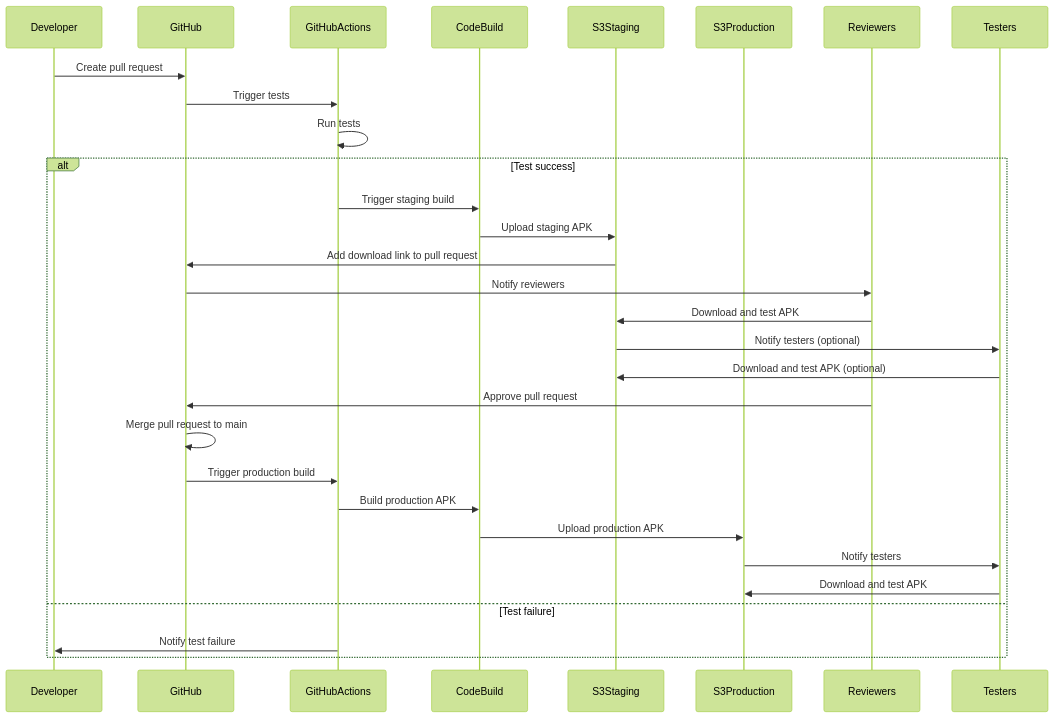
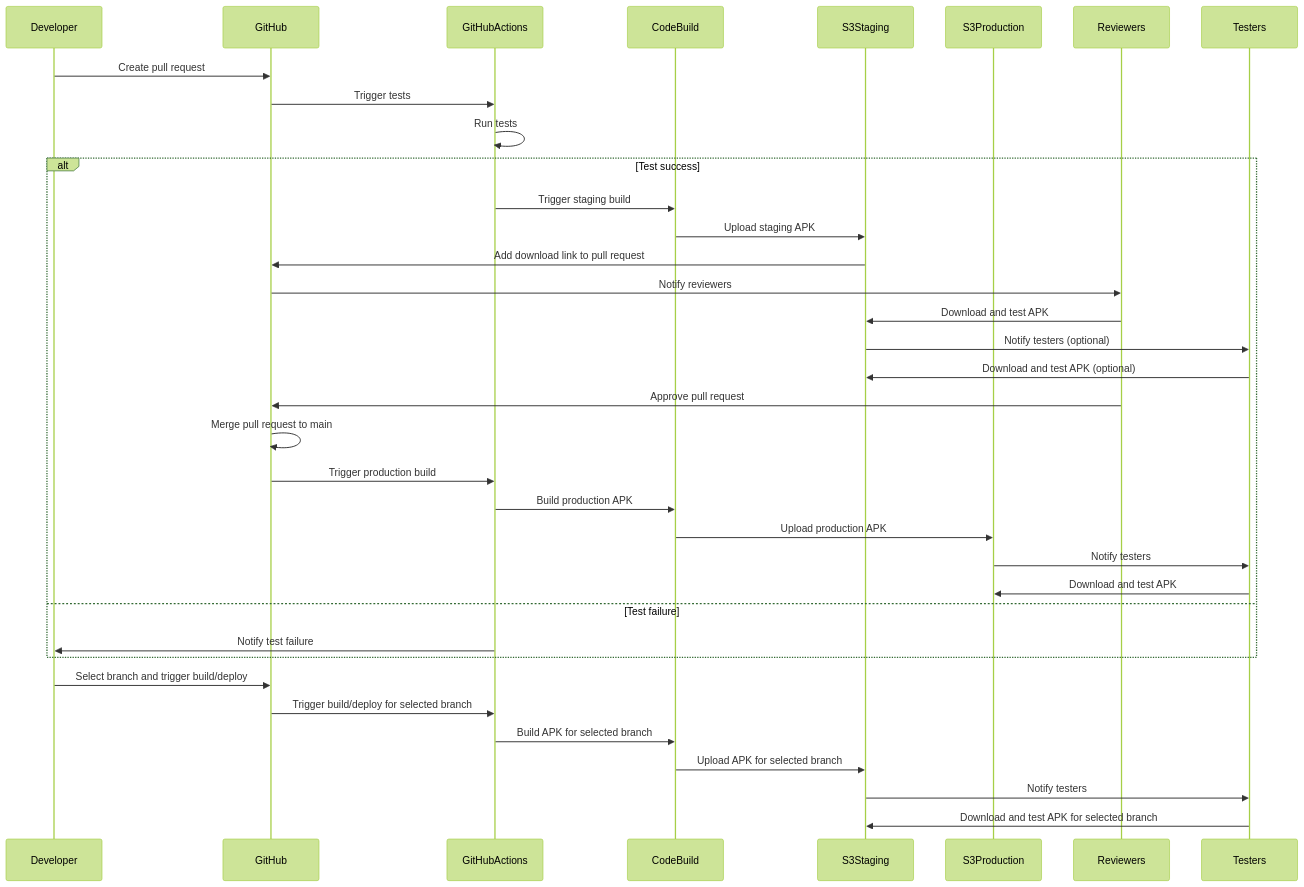
One commit to hamatz/tech_doc changed the third of 5 diagrams in android_build.md. Above: the diagram before and after it, drawn with Mermaid (forest theme). The commit also changed other lines of this file, not shown here.

````diff
--- a/android_build.md
+++ b/android_build.md
@@ -262,33 +329,40 @@
 ```mermaid
 sequenceDiagram
     participant Developer
     participant GitHub
     participant GitHubActions
     participant CodeBuild
     participant S3Staging
     participant S3Production
     participant Reviewers
     participant Testers
     
     Developer->>GitHub: Create pull request
     GitHub->>GitHubActions: Trigger tests
     GitHubActions->>GitHubActions: Run tests
     alt Test success
         GitHubActions->>CodeBuild: Trigger staging build
         CodeBuild->>S3Staging: Upload staging APK
         S3Staging->>GitHub: Add download link to pull request
         GitHub->>Reviewers: Notify reviewers
         Reviewers->>S3Staging: Download and test APK
         S3Staging->>Testers: Notify testers (optional)
         Testers->>S3Staging: Download and test APK (optional)
         Reviewers->>GitHub: Approve pull request
         GitHub->>GitHub: Merge pull request to main
         GitHub->>GitHubActions: Trigger production build
         GitHubActions->>CodeBuild: Build production APK
         CodeBuild->>S3Production: Upload production APK
         S3Production->>Testers: Notify testers
         Testers->>S3Production: Download and test APK
     else Test failure
         GitHubActions->>Developer: Notify test failure
     end
+    
+    Developer->>GitHub: Select branch and trigger build/deploy
+    GitHub->>GitHubActions: Trigger build/deploy for selected branch
+    GitHubActions->>CodeBuild: Build APK for selected branch
+    CodeBuild->>S3Staging: Upload APK for selected branch
+    S3Staging->>Testers: Notify testers
+    Testers->>S3Staging: Download and test APK for selected branch
 ```
````
